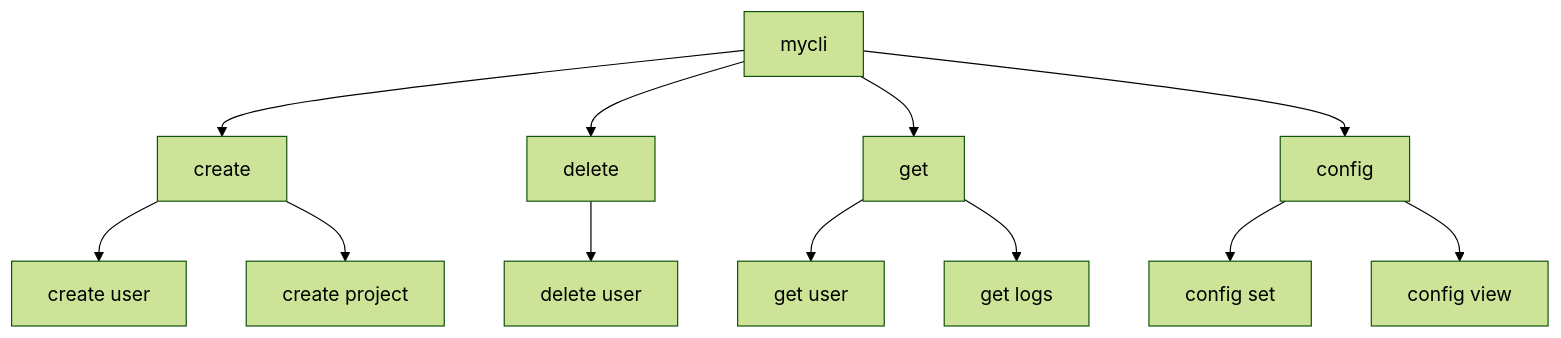
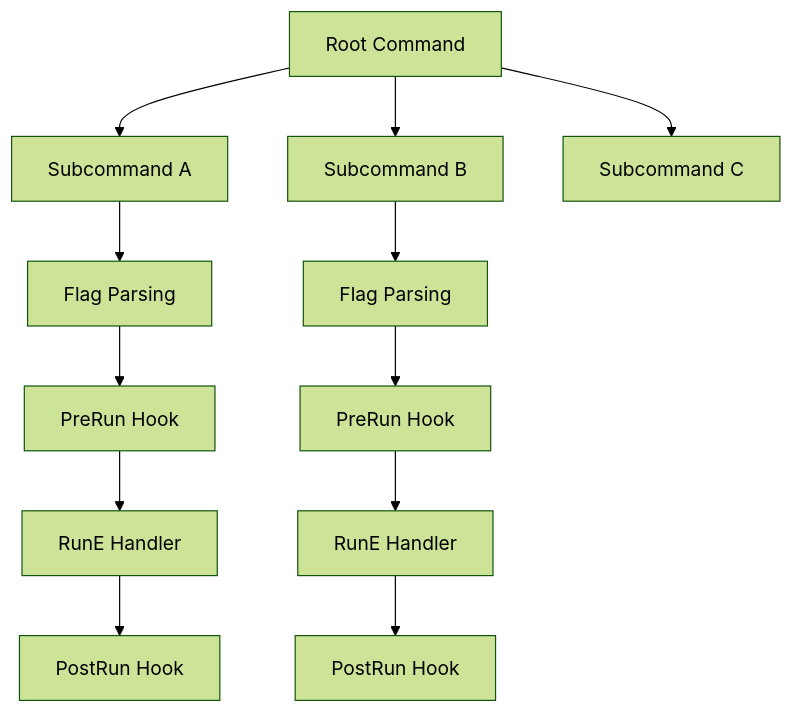
Before and after one commit to Leito2/Learning: the second of 3 diagrams in Software Engineering/02 - Go Engineering/04 - DevSecOps and CLI Tools/01 - Building CLIs with Cobra.md, drawn with Mermaid (forest theme). The commit also changed other lines of this file and 41 other files, not shown here.

````diff
--- a/Software Engineering/02 - Go Engineering/04 - DevSecOps and CLI Tools/01 - Building CLIs with Cobra.md
+++ b/Software Engineering/02 - Go Engineering/04 - DevSecOps and CLI Tools/01 - Building CLIs with Cobra.md
@@ -59,14 +227,14 @@
 ```mermaid
 graph TD
-    A[mycli] --> B[create]
-    A --> C[delete]
-    A --> D[get]
-    A --> E[config]
-    B --> B1[create user]
-    B --> B2[create project]
-    C --> C1[delete user]
-    D --> D1[get user]
-    D --> D2[get logs]
-    E --> E1[config set]
-    E --> E2[config view]
+    A[Root Command] --> B[Subcommand A]
+    A --> C[Subcommand B]
+    A --> D[Subcommand C]
+    B --> B1[Flag Parsing]
+    B1 --> B2[PreRun Hook]
+    B2 --> B3[RunE Handler]
+    B3 --> B4[PostRun Hook]
+    C --> C1[Flag Parsing]
+    C1 --> C2[PreRun Hook]
+    C2 --> C3[RunE Handler]
+    C3 --> C4[PostRun Hook]
 ```
````
